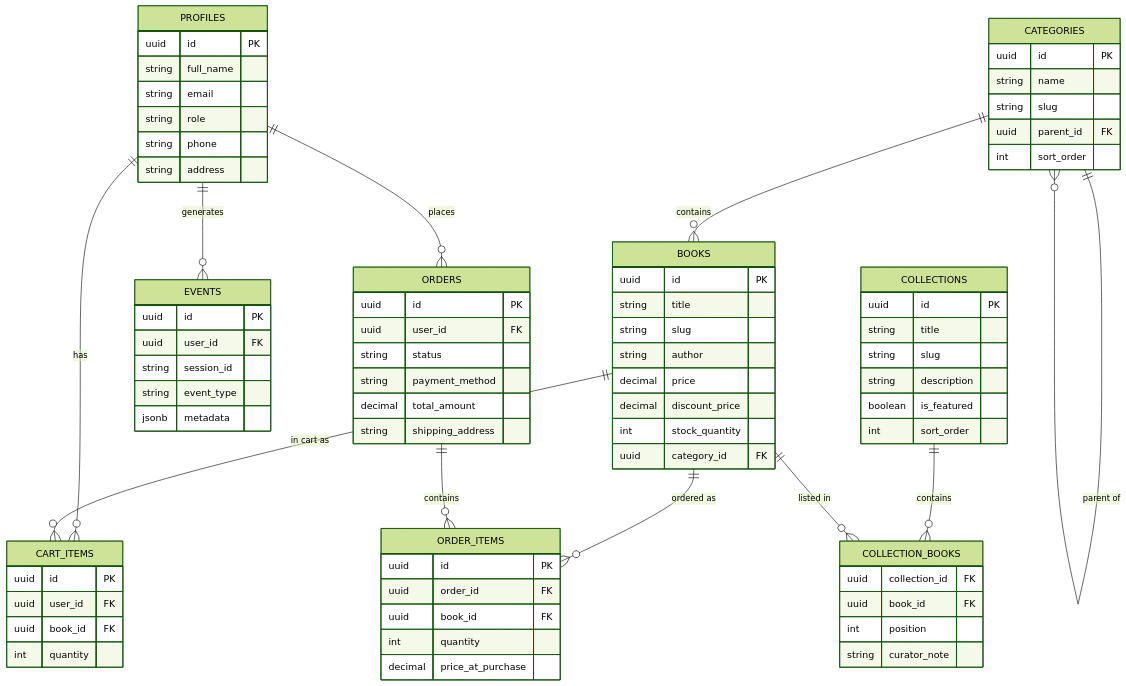
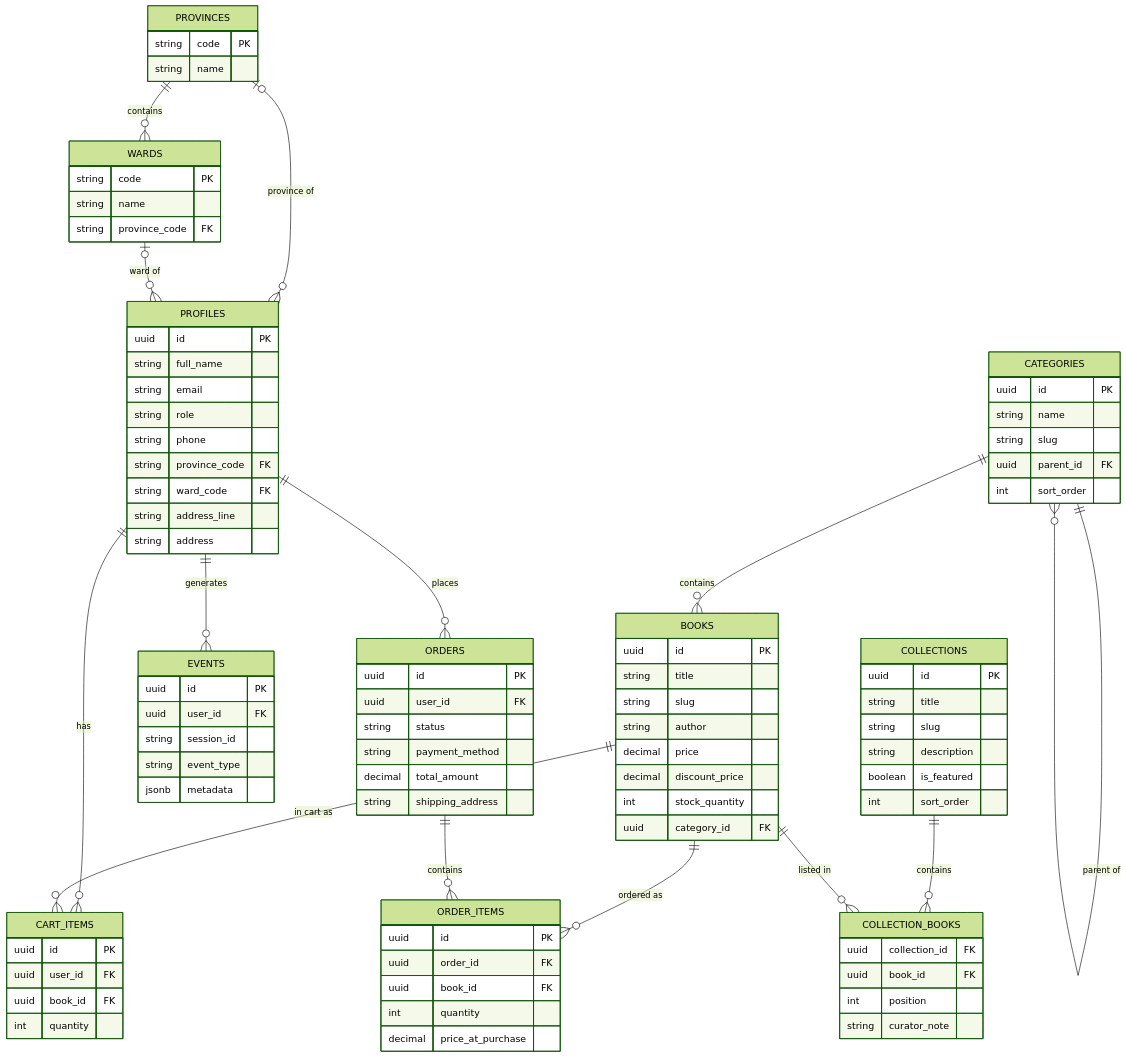
One commit to ducle20052205/book-store-website changed the first of 3 diagrams in docs/SRS.md. Above: the diagram before and after it, drawn with Mermaid (forest theme). The commit also changed other lines of this file and 1 other file, not shown here.

```diff
--- a/docs/SRS.md
+++ b/docs/SRS.md
@@ -60,6 +60,9 @@
     ORDERS ||--o{ ORDER_ITEMS : contains
     COLLECTIONS ||--o{ COLLECTION_BOOKS : contains
     BOOKS ||--o{ COLLECTION_BOOKS : "listed in"
+    PROVINCES ||--o{ WARDS : contains
+    PROVINCES |o--o{ PROFILES : "province of"
+    WARDS |o--o{ PROFILES : "ward of"
 
     PROFILES {
         uuid id PK
@@ -67,7 +70,19 @@
         string email
         string role
         string phone
+        string province_code FK
+        string ward_code FK
+        string address_line
         string address
+    }
+    PROVINCES {
+        string code PK
+        string name
+    }
+    WARDS {
+        string code PK
+        string name
+        string province_code FK
     }
     CATEGORIES {
         uuid id PK
```
